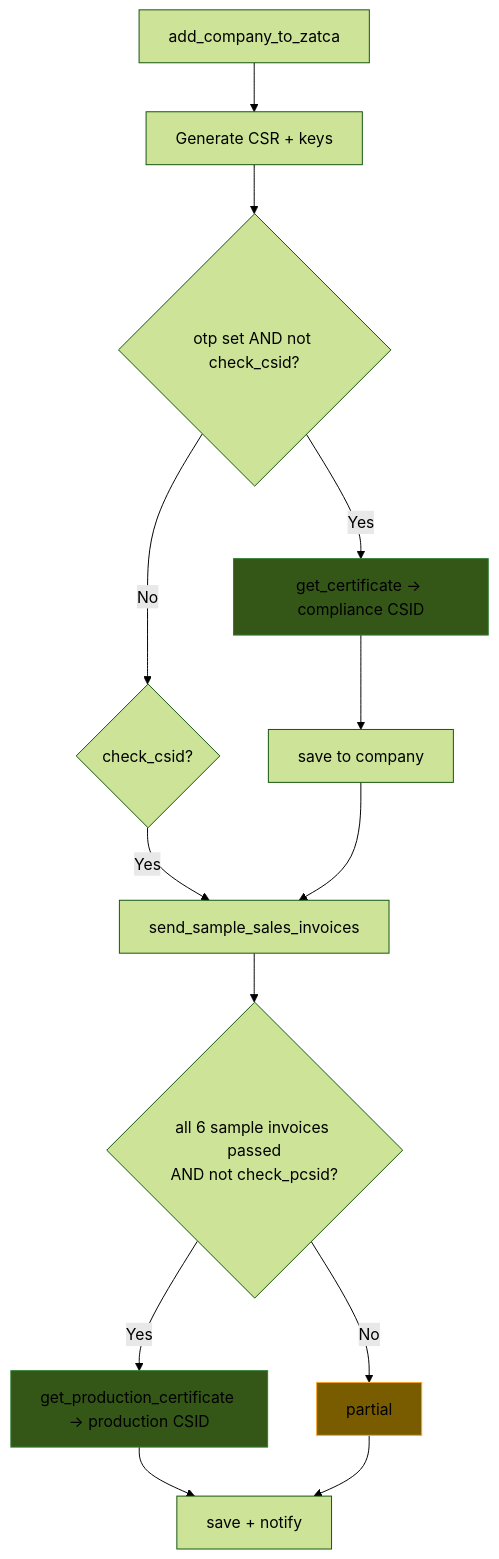
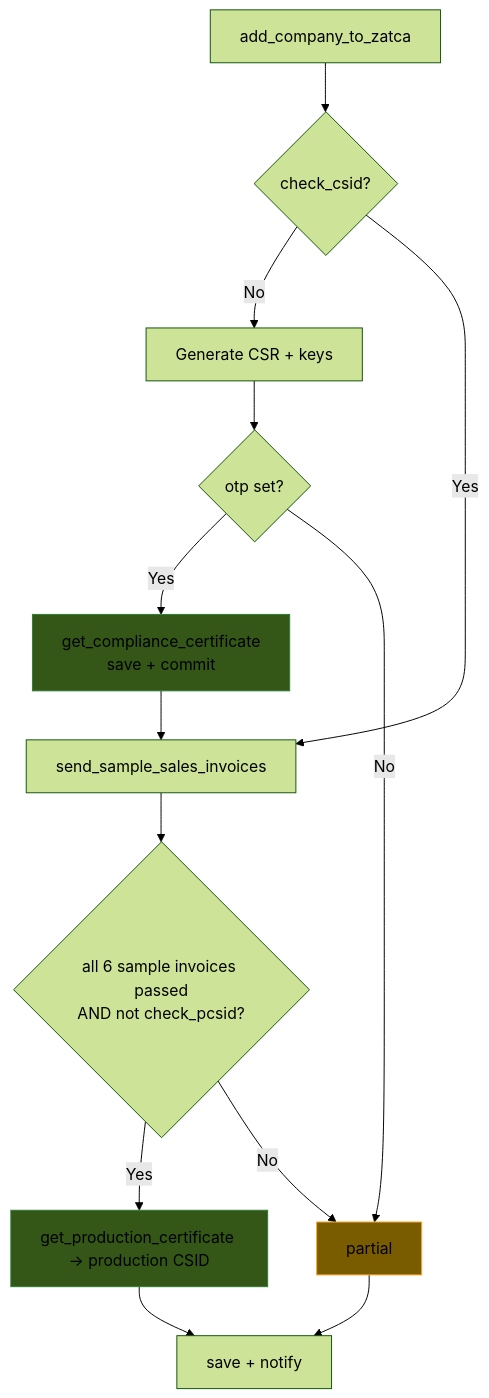
The first of 2 diagrams in docs/onboarding/reference.md (itsystematic/optima_zatca), drawn with Mermaid (forest theme) before and after one commit. The commit also changed other lines of this file and 5 other files, not shown here.

````diff
--- a/docs/onboarding/reference.md
+++ b/docs/onboarding/reference.md
@@ -23,19 +69,19 @@
 ```mermaid
 graph TD
-    A[add_company_to_zatca] --> B[Generate CSR + keys]
-    B --> C{otp set AND not check_csid?}
-    C -->|Yes| D[get_certificate → compliance CSID]
-    D --> E[save to company]
-    C -->|No| F{check_csid?}
-    F -->|Yes| G[send_sample_sales_invoices]
+    A[add_company_to_zatca] --> B{check_csid?}
+    B -->|No| C[Generate CSR + keys]
+    C --> D{otp set?}
+    D -->|Yes| E[get_compliance_certificate<br/>save + commit]
+    D -->|No| J[partial]
     E --> G
+    B -->|Yes| G[send_sample_sales_invoices]
     G --> H{all 6 sample invoices passed<br/>AND not check_pcsid?}
     H -->|Yes| I[get_production_certificate → production CSID]
-    H -->|No| J[partial]
+    H -->|No| J
     I --> K[save + notify]
     J --> K
 
-    style D fill:#345718,stroke:#2e7d32
+    style E fill:#345718,stroke:#2e7d32
     style I fill:#345718,stroke:#2e7d32
     style J fill:#7a5c00,stroke:#f9a825
 ```
````
